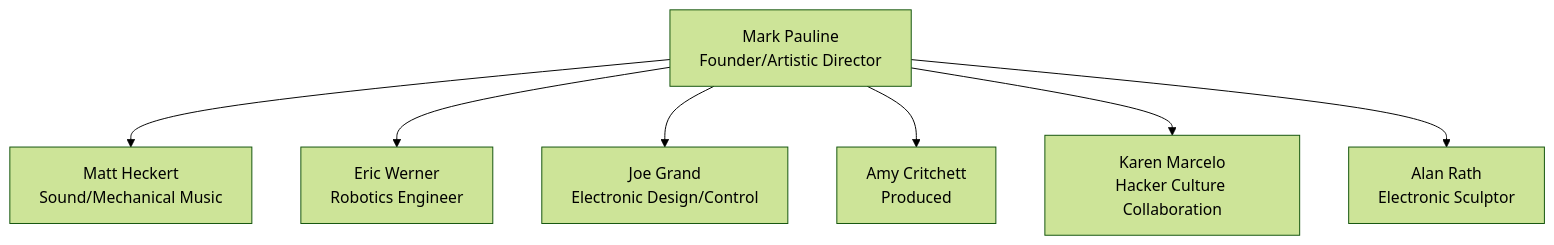
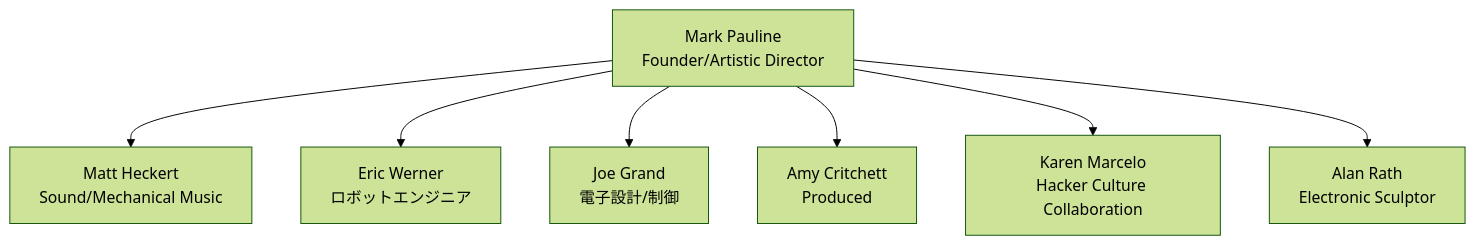
One commit to monumental-movement/monumental-movement.github.io changed the diagram in en/_posts/2025-10-01-Column-Survival-Research-Laboratories.md. Above: the diagram before and after it, drawn with Mermaid (forest theme). The commit also changed other lines of this file and 1012 other files, not shown here.

```diff
--- a/en/_posts/2025-10-01-Column-Survival-Research-Laboratories.md
+++ b/en/_posts/2025-10-01-Column-Survival-Research-Laboratories.md
@@ -109,9 +109,9 @@
 <div class="mermaid">
 flowchart TD
     A[Mark Pauline<br>Founder/Artistic Director] --> B[Matt Heckert<br>Sound/Mechanical Music]
-    A --> C[Eric Werner<br>Robotics Engineer]
-    A --> D[Joe Grand<br>Electronic Design/Control]
+    A --> C[Eric Werner<br>ロボットエンジニア]
+    A --> D[Joe Grand<br>電子設計/制御]
     A --> E[Amy Critchett<br>Produced]
     A --> F[Karen Marcelo<br>Hacker Culture Collaboration]
     A --> G[Alan Rath<br>Electronic Sculptor]
 </div>
```
